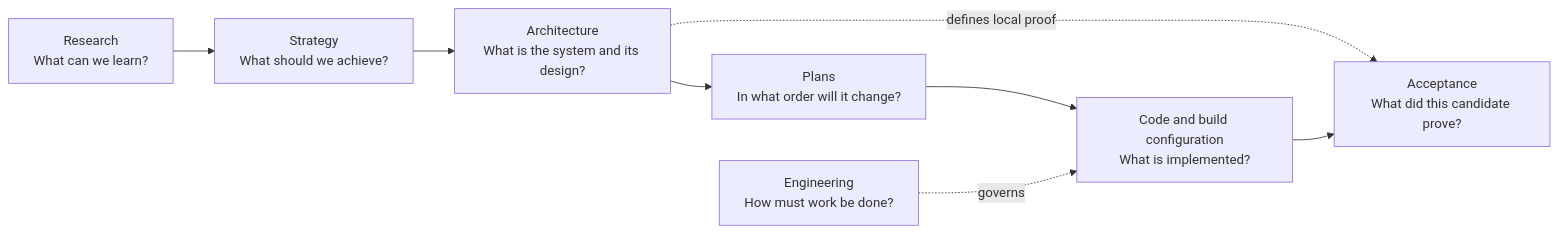
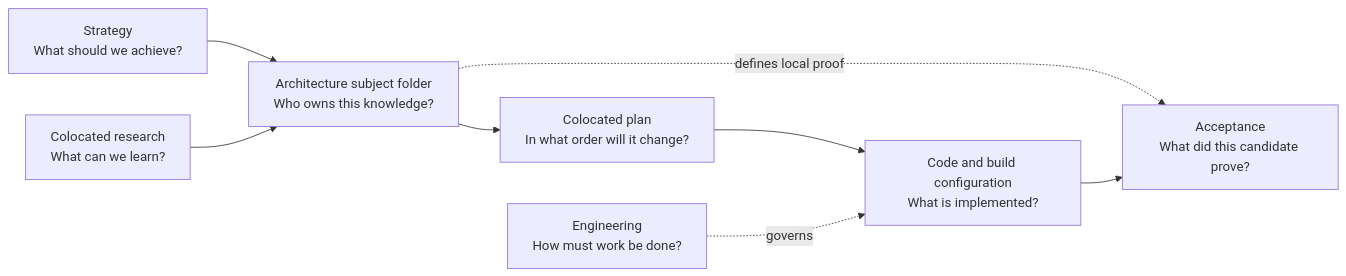
Before and after one commit to stoleckipawel/SparkleEngine: the diagram in Docs/README.md, drawn with Mermaid. The commit also changed other lines of this file and 144 other files, not shown here.

````diff
--- a/Docs/README.md
+++ b/Docs/README.md
@@ -29,10 +29,10 @@
 ```mermaid
 flowchart LR
-    Research[Research<br/>What can we learn?] --> Strategy[Strategy<br/>What should we achieve?]
-    Strategy --> Architecture[Architecture<br/>What is the system and its design?]
-    Architecture --> Plans[Plans<br/>In what order will it change?]
-    Plans --> Work[Code and build configuration<br/>What is implemented?]
+    Strategy[Strategy<br/>What should we achieve?] --> Subject[Architecture subject folder<br/>Who owns this knowledge?]
+    Research[Colocated research<br/>What can we learn?] --> Subject
+    Subject --> Plan[Colocated plan<br/>In what order will it change?]
+    Plan --> Work[Code and build configuration<br/>What is implemented?]
     Engineering[Engineering<br/>How must work be done?] -. governs .-> Work
-    Architecture -. defines local proof .-> Acceptance[Acceptance<br/>What did this candidate prove?]
+    Subject -. defines local proof .-> Acceptance[Acceptance<br/>What did this candidate prove?]
     Work --> Acceptance
 ```
````
